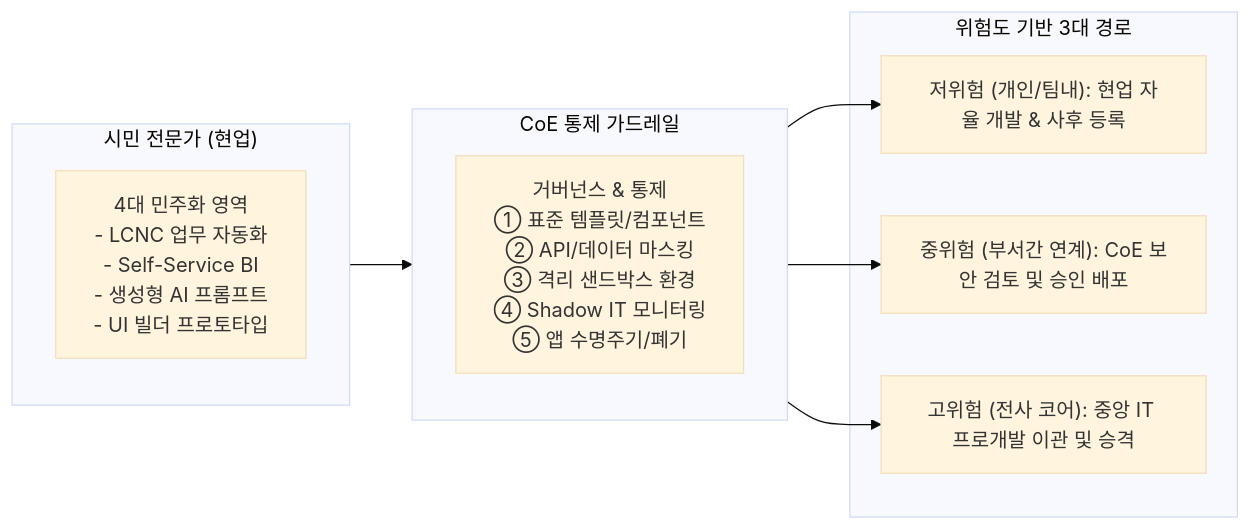
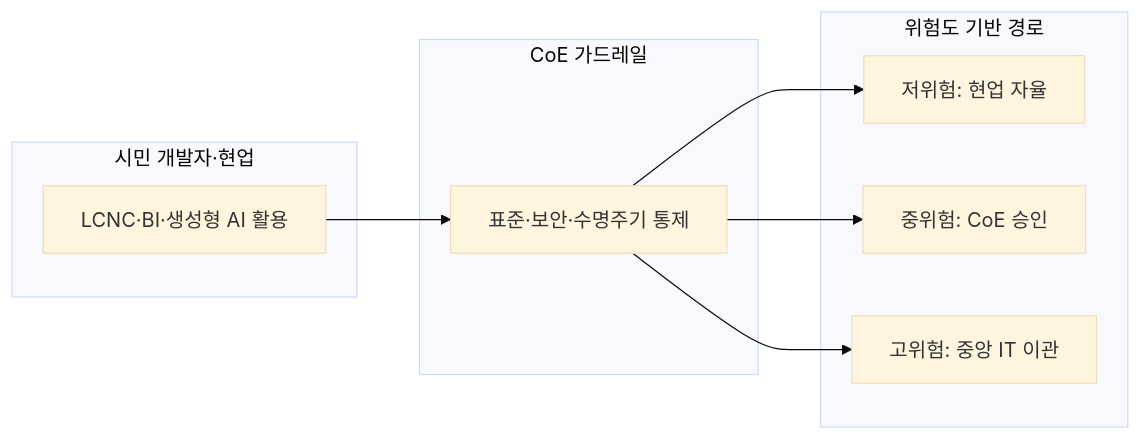
One commit to agnusdei1207/study changed the third of 3 diagrams in src/content/docs/notes/itpe/01-it-strategy/098_democratization_of_expertise.md. Above: the diagram before and after it, drawn with Mermaid (base theme). The commit also changed other lines of this file and 18 other files, not shown here.

````diff
--- a/src/content/docs/notes/itpe/01-it-strategy/098_democratization_of_expertise.md
+++ b/src/content/docs/notes/itpe/01-it-strategy/098_democratization_of_expertise.md
@@ -143,18 +133,18 @@
 ```mermaid
 flowchart LR
-    subgraph CITIZEN["시민 전문가 (현업)"]
-        C1["4대 민주화 영역<br/>- LCNC 업무 자동화<br/>- Self-Service BI<br/>- 생성형 AI 프롬프트<br/>- UI 빌더 프로토타입"]
+    subgraph CITIZEN["시민 개발자·현업"]
+        C1["LCNC·BI·생성형 AI 활용"]
     end
-    subgraph COE["CoE 통제 가드레일"]
-        G1["거버넌스 & 통제<br/>① 표준 템플릿/컴포넌트<br/>② API/데이터 마스킹<br/>③ 격리 샌드박스 환경<br/>④ Shadow IT 모니터링<br/>⑤ 앱 수명주기/폐기"]
+    subgraph COE["CoE 가드레일"]
+        G1["표준·보안·수명주기 통제"]
     end
-    subgraph ROUTING["위험도 기반 3대 경로"]
-        R1["저위험 (개인/팀내): 현업 자율 개발 & 사후 등록"]
-        R2["중위험 (부서간 연계): CoE 보안 검토 및 승인 배포"]
-        R3["고위험 (전사 코어): 중앙 IT 프로개발 이관 및 승격"]
+    subgraph ROUTING["위험도 기반 경로"]
+        R1["저위험: 현업 자율"]
+        R2["중위험: CoE 승인"]
+        R3["고위험: 중앙 IT 이관"]
     end
-    CITIZEN --> COE
-    COE --> R1
-    COE --> R2
-    COE --> R3
+    C1 --> G1
+    G1 --> R1
+    G1 --> R2
+    G1 --> R3
 ```
````
